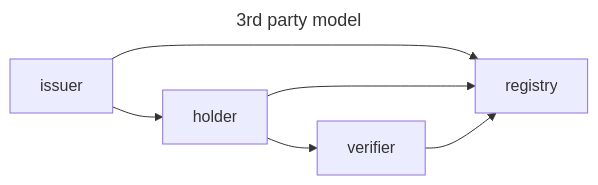
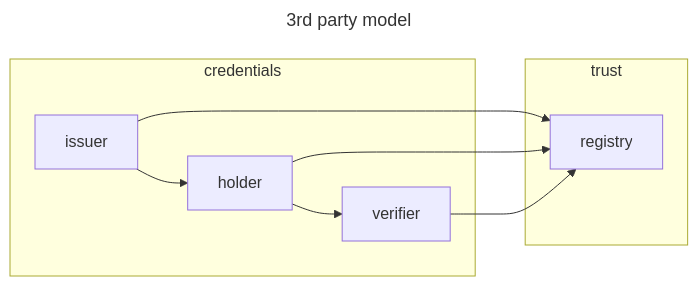
The diagram in webuild-drafts/draft-leifj-local-trust-resolver.md (leifj/webuild-architecture), drawn with Mermaid before and after one commit.

Commit message:
mermaid fix

````diff
--- a/webuild-drafts/draft-leifj-local-trust-resolver.md
+++ b/webuild-drafts/draft-leifj-local-trust-resolver.md
@@ -21,9 +21,13 @@
 ```mermaid
 ---
 title: 3rd party model
 ---
 flowchart LR;
+   subgraph credentials
    issuer-->holder;
    holder-->verifier;
+   end
+   subgraph trust
    issuer & holder & verifier -->registry;
+   end
 ```
````
